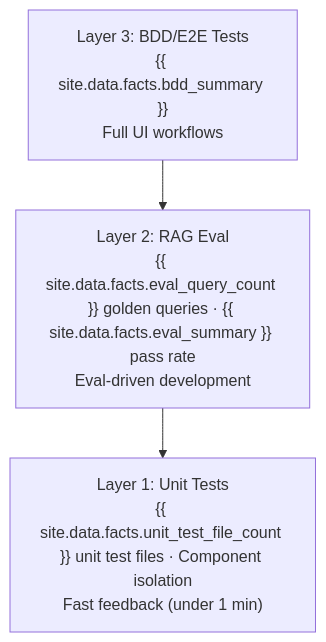
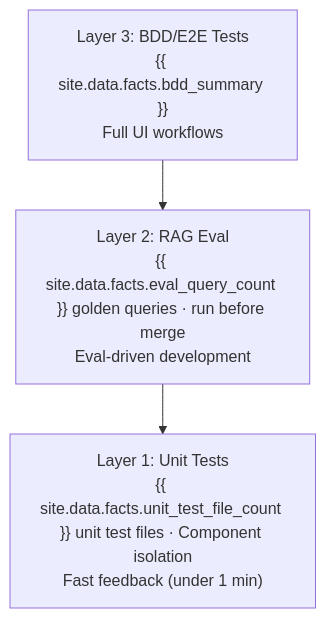
The diagram in docs/11-testing-and-quality.md (mcpugmire1/mattgpt-design-spec), drawn with Mermaid before and after one commit. The commit also changed other lines of this file, not shown here.

First line of the commit message:
docs: align doc 11 with current test gates and eval

```diff
--- a/docs/11-testing-and-quality.md
+++ b/docs/11-testing-and-quality.md
@@ -24,7 +24,7 @@
 <div class="mermaid">
 graph TD
     L3["Layer 3: BDD/E2E Tests<br/>{{ site.data.facts.bdd_summary }}<br/>Full UI workflows"]
-    L2["Layer 2: RAG Eval<br/>{{ site.data.facts.eval_query_count }} golden queries · {{ site.data.facts.eval_summary }} pass rate<br/>Eval-driven development"]
+    L2["Layer 2: RAG Eval<br/>{{ site.data.facts.eval_query_count }} golden queries · run before merge<br/>Eval-driven development"]
     L1["Layer 1: Unit Tests<br/>{{ site.data.facts.unit_test_file_count }} unit test files · Component isolation<br/>Fast feedback (under 1 min)"]
     L3 --> L2 --> L1
 </div>
```
